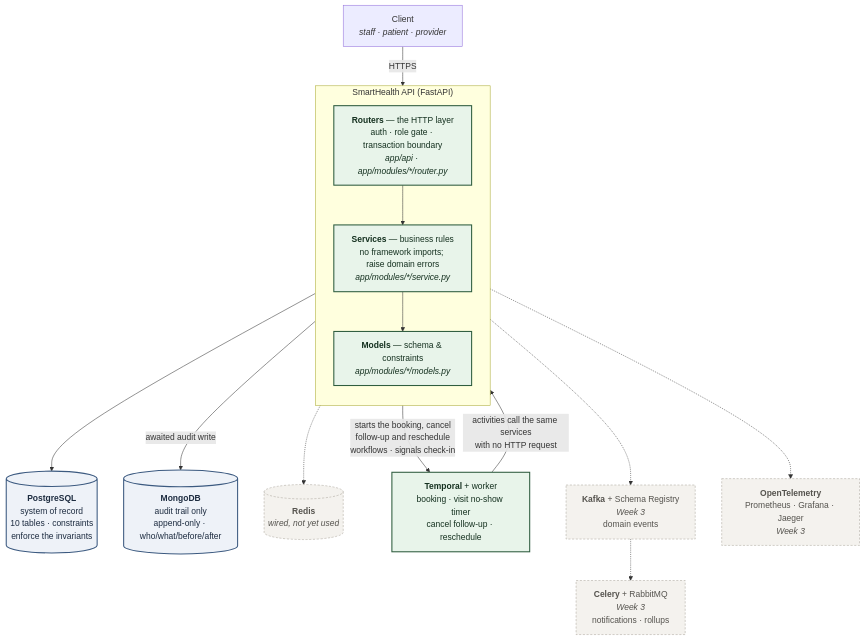
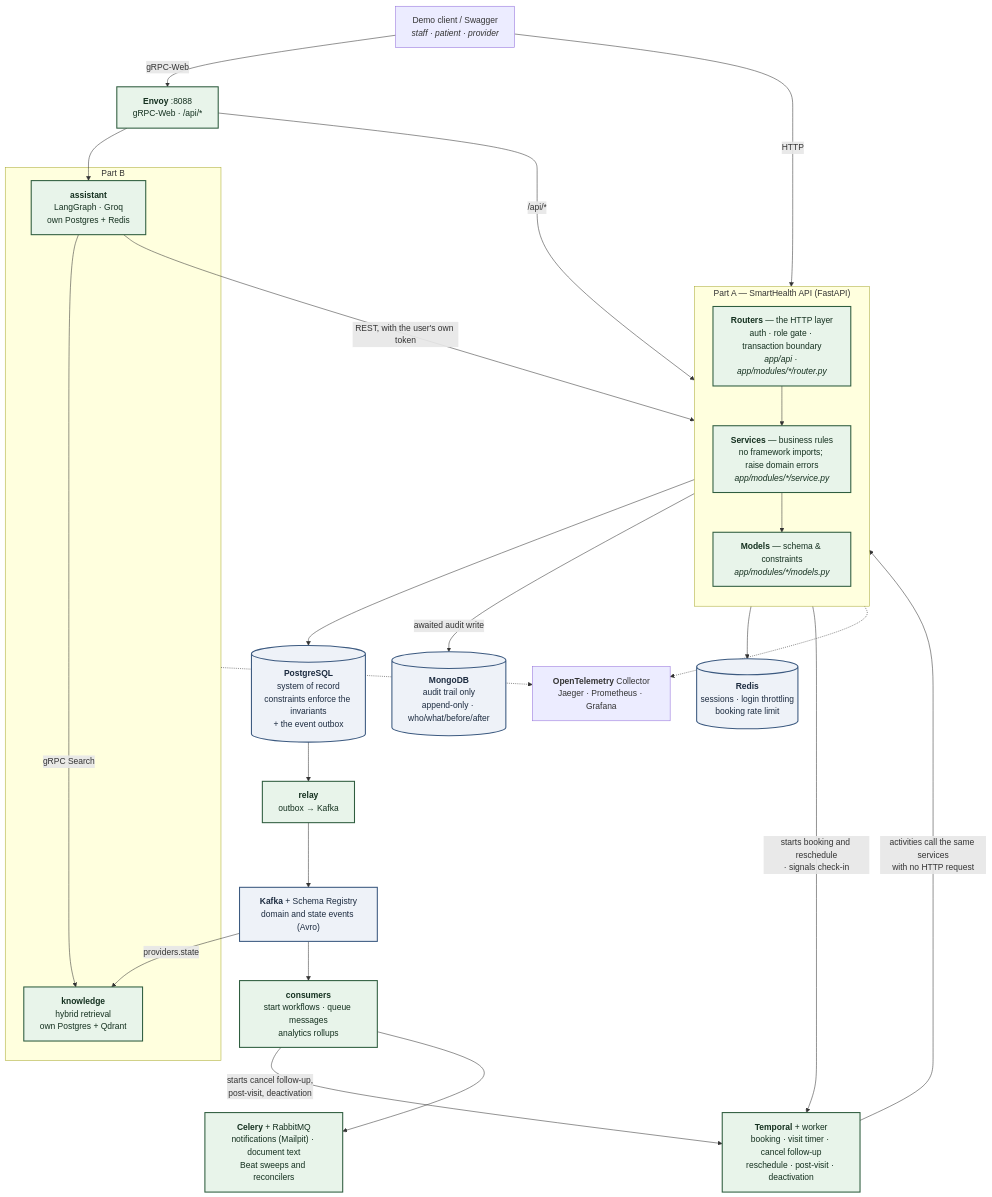
One commit to sadainiqrar/smarthealth changed the first of 3 diagrams in README.md. Above: the diagram before and after it, drawn with Mermaid. The commit also changed other lines of this file and 3 other files, not shown here.

````diff
--- a/README.md
+++ b/README.md
@@ -39,39 +99,53 @@
 ```mermaid
 flowchart TB
-    client["Client<br/><i>staff · patient · provider</i>"]
+    client["Demo client / Swagger<br/><i>staff · patient · provider</i>"]
+    envoy["<b>Envoy</b> :8088<br/>gRPC-Web · /api/*"]
 
-    subgraph app["SmartHealth API (FastAPI)"]
+    subgraph app["Part A — SmartHealth API (FastAPI)"]
         direction TB
         routers["<b>Routers</b> — the HTTP layer<br/>auth · role gate · transaction boundary<br/><i>app/api · app/modules/*/router.py</i>"]
         services["<b>Services</b> — business rules<br/>no framework imports; raise domain errors<br/><i>app/modules/*/service.py</i>"]
         models["<b>Models</b> — schema &amp; constraints<br/><i>app/modules/*/models.py</i>"]
         routers --> services --> models
     end
 
-    pg[("<b>PostgreSQL</b><br/>system of record<br/>10 tables · constraints<br/>enforce the invariants")]
+    pg[("<b>PostgreSQL</b><br/>system of record<br/>constraints enforce the invariants<br/>+ the event outbox")]
     mongo[("<b>MongoDB</b><br/>audit trail only<br/>append-only · who/what/before/after")]
-    redis[("<b>Redis</b><br/><i>wired, not yet used</i>")]
+    redis[("<b>Redis</b><br/>sessions · login throttling<br/>booking rate limit")]
 
-    temporal["<b>Temporal</b> + worker<br/>booking · visit no-show timer<br/>cancel follow-up · reschedule"]
-    kafka["<b>Kafka</b> + Schema Registry<br/><i>Week 3</i><br/>domain events"]
-    celery["<b>Celery</b> + RabbitMQ<br/><i>Week 3</i><br/>notifications · rollups"]
-    otel["<b>OpenTelemetry</b><br/>Prometheus · Grafana · Jaeger<br/><i>Week 3</i>"]
+    temporal["<b>Temporal</b> + worker<br/>booking · visit timer · cancel follow-up<br/>reschedule · post-visit · deactivation"]
+    relay["<b>relay</b><br/>outbox → Kafka"]
+    kafka["<b>Kafka</b> + Schema Registry<br/>domain and state events (Avro)"]
+    consumers["<b>consumers</b><br/>start workflows · queue messages<br/>analytics rollups"]
+    celery["<b>Celery</b> + RabbitMQ<br/>notifications (Mailpit) · document text<br/>Beat sweeps and reconcilers"]
+    otel["<b>OpenTelemetry</b> Collector<br/>Jaeger · Prometheus · Grafana"]
 
-    client -->|HTTPS| routers
+    subgraph partb["Part B"]
+        assistant["<b>assistant</b><br/>LangGraph · Groq<br/>own Postgres + Redis"]
+        knowledge["<b>knowledge</b><br/>hybrid retrieval<br/>own Postgres + Qdrant"]
+        assistant -->|gRPC Search| knowledge
+    end
+
+    client -->|HTTP| routers
+    client -->|gRPC-Web| envoy
+    envoy --> assistant
+    envoy -->|/api/*| routers
+    assistant -->|"REST, with the user's own token"| routers
     models --> pg
     services -->|awaited audit write| mongo
-    app -.-> redis
+    routers --> redis
 
-    routers -->|"starts the booking, cancel<br/>follow-up and reschedule<br/>workflows · signals check-in"| temporal
+    routers -->|"starts booking and reschedule<br/>· signals check-in"| temporal
     temporal -->|"activities call the same services<br/>with no HTTP request"| services
-    services -.-> kafka
-    kafka -.-> celery
+    pg --> relay --> kafka --> consumers
+    consumers -->|"starts cancel follow-up,<br/>post-visit, deactivation"| temporal
+    consumers --> celery
+    kafka -->|providers.state| knowledge
     app -.-> otel
+    partb -.-> otel
 
     classDef done fill:#e8f4ea,stroke:#2f5d3f,stroke-width:2px,color:#14301f
-    classDef todo fill:#f4f2ee,stroke:#a9a49a,stroke-width:1px,stroke-dasharray:4 3,color:#55534e
     classDef store fill:#eef2f8,stroke:#3c5a80,stroke-width:2px,color:#1d2c40
-    class routers,services,models,temporal done
-    class pg,mongo store
-    class redis,kafka,celery,otel todo
+    class routers,services,models,temporal,relay,consumers,celery,assistant,knowledge,envoy done
+    class pg,mongo,redis,kafka store
 ```
````
